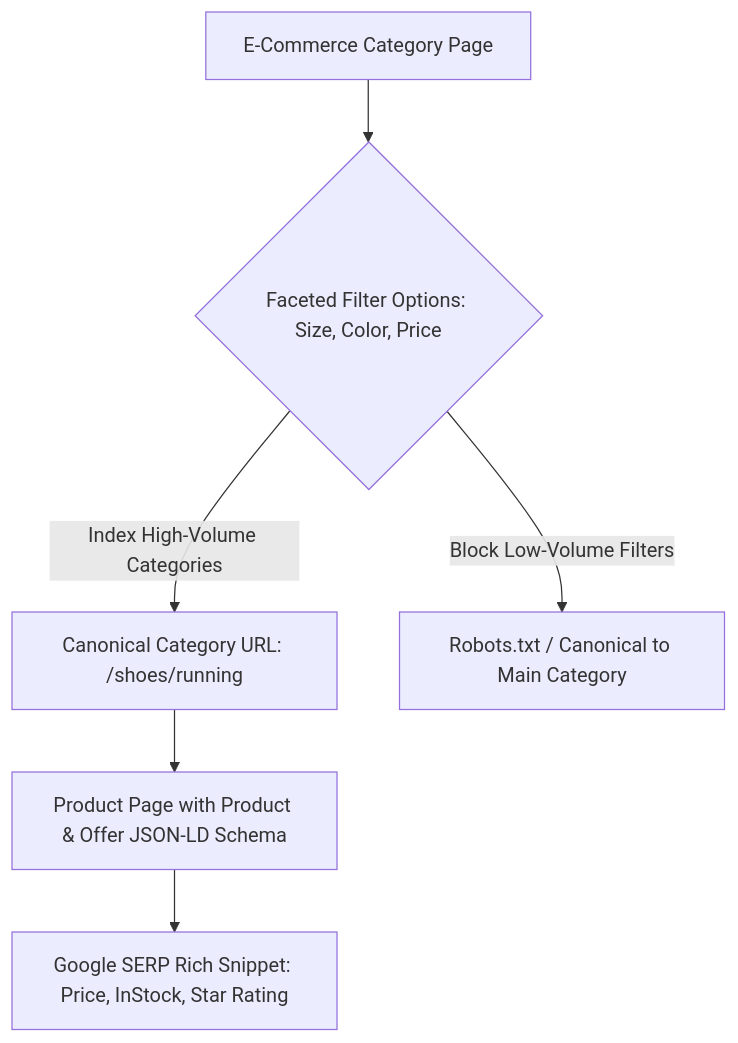
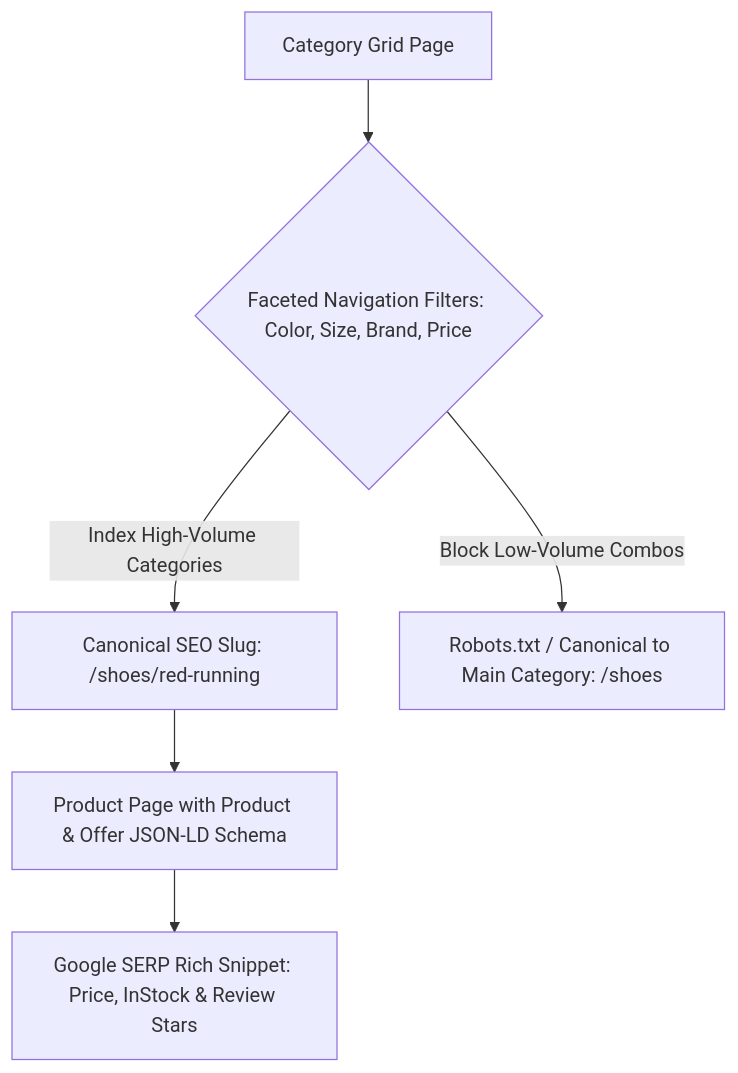
One commit to seoerai/seo changed the diagram in e-commerce-seo/README.md. Above: the diagram before and after it, drawn with Mermaid. The commit also changed other lines of this file and 5 other files, not shown here.

Commit message:
docs: expand Off-Page TrustRank, Local Haversine, E-Commerce Facets, Global Hreflang, HTTPS and Sitemap specs

````diff
--- a/e-commerce-seo/README.md
+++ b/e-commerce-seo/README.md
@@ -11,8 +11,8 @@
 ```mermaid
 flowchart TD
-    A[E-Commerce Category Page] --> B{Faceted Filter Options: Size, Color, Price}
-    B -->|Index High-Volume Categories| C[Canonical Category URL: /shoes/running]
-    B -->|Block Low-Volume Filters| D[Robots.txt / Canonical to Main Category]
+    A[Category Grid Page] --> B{Faceted Navigation Filters: Color, Size, Brand, Price}
+    B -->|Index High-Volume Categories| C[Canonical SEO Slug: /shoes/red-running]
+    B -->|Block Low-Volume Combos| D[Robots.txt / Canonical to Main Category: /shoes]
     C --> E[Product Page with Product & Offer JSON-LD Schema]
-    E --> F[Google SERP Rich Snippet: Price, InStock, Star Rating]
+    E --> F[Google SERP Rich Snippet: Price, InStock & Review Stars]
 ```
````
